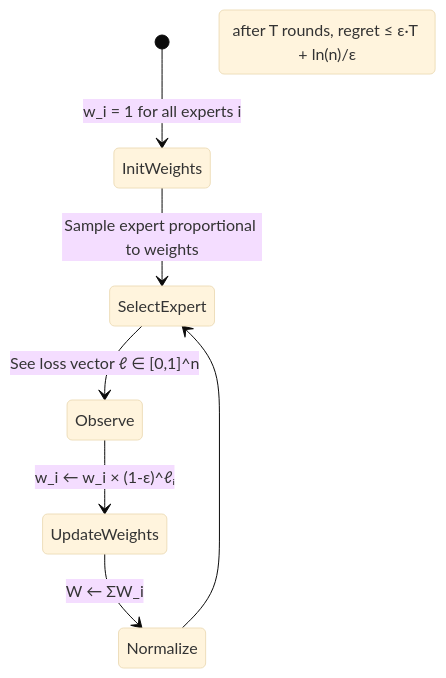
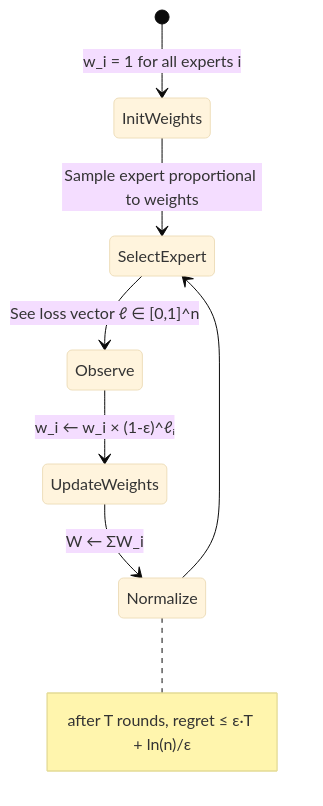
One commit to choisimo/document changed diagram 14 of 24 in content/docs/books/algorithms/cmu-advanced-algorithms.md. Above: the diagram before and after it, drawn with Mermaid (base theme). The commit also changed other lines of this file and 432 other files, not shown here.

````diff
--- a/content/docs/books/algorithms/cmu-advanced-algorithms.md
+++ b/content/docs/books/algorithms/cmu-advanced-algorithms.md
@@ -298,10 +299,12 @@
 ```mermaid
 stateDiagram-v2
     [*] --> InitWeights : w_i = 1 for all experts i
     InitWeights --> SelectExpert : Sample expert proportional to weights
     SelectExpert --> Observe : See loss vector ℓ ∈ [0,1]^n
     Observe --> UpdateWeights : w_i ← w_i × (1-ε)^ℓᵢ
     UpdateWeights --> Normalize : W ← ΣW_i
     Normalize --> SelectExpert
-    Note: after T rounds, regret ≤ ε·T + ln(n)/ε
+    note right of Normalize
+        after T rounds, regret ≤ ε·T + ln(n)/ε
+    end note
 ```
````
